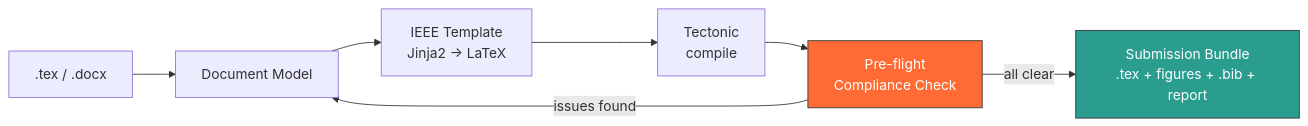
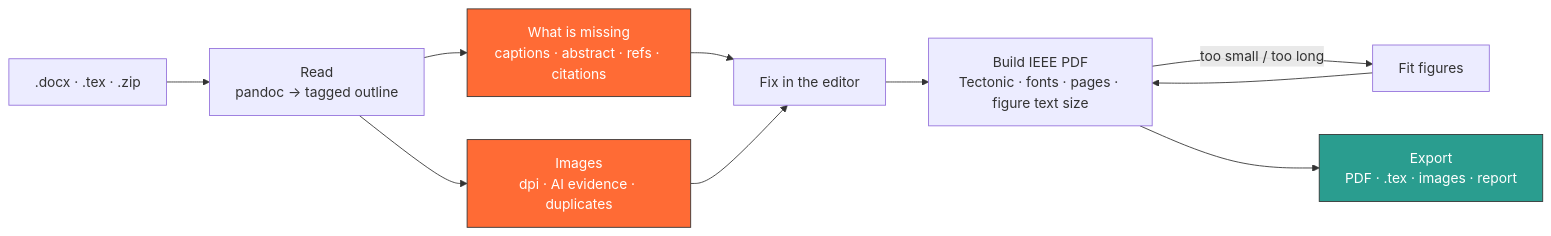
The diagram in README.md (Krushna-007/prarup), drawn with Mermaid before and after one commit. The commit also changed other lines of this file and 17 other files, not shown here.

````diff
--- a/README.md
+++ b/README.md
@@ -26,12 +27,16 @@
 ```mermaid
 flowchart LR
-    A[".tex / .docx"] --> B["Document Model"]
-    B --> C["IEEE Template<br/>Jinja2 → LaTeX"]
-    C --> D["Tectonic<br/>compile"]
-    D --> E["Pre-flight<br/>Compliance Check"]
-    E -->|issues found| B
-    E -->|all clear| F["Submission Bundle<br/>.tex + figures + .bib + report"]
+    A[".docx · .tex · .zip"] --> B["Read<br/>pandoc → tagged outline"]
+    B --> C["What is missing<br/>captions · abstract · refs · citations"]
+    B --> D["Images<br/>dpi · AI evidence · duplicates"]
+    C --> E["Fix in the editor"]
+    D --> E
+    E --> F["Build IEEE PDF<br/>Tectonic · fonts · pages · figure text size"]
+    F -->|"too small / too long"| G["Fit figures"]
+    G --> F
+    F --> H["Export<br/>PDF · .tex · images · report"]
 
-    style E fill:#ff6b35,stroke:#333,color:#fff
-    style F fill:#2a9d8f,stroke:#333,color:#fff
+    style C fill:#ff6b35,stroke:#333,color:#fff
+    style D fill:#ff6b35,stroke:#333,color:#fff
+    style H fill:#2a9d8f,stroke:#333,color:#fff
 ```
````
